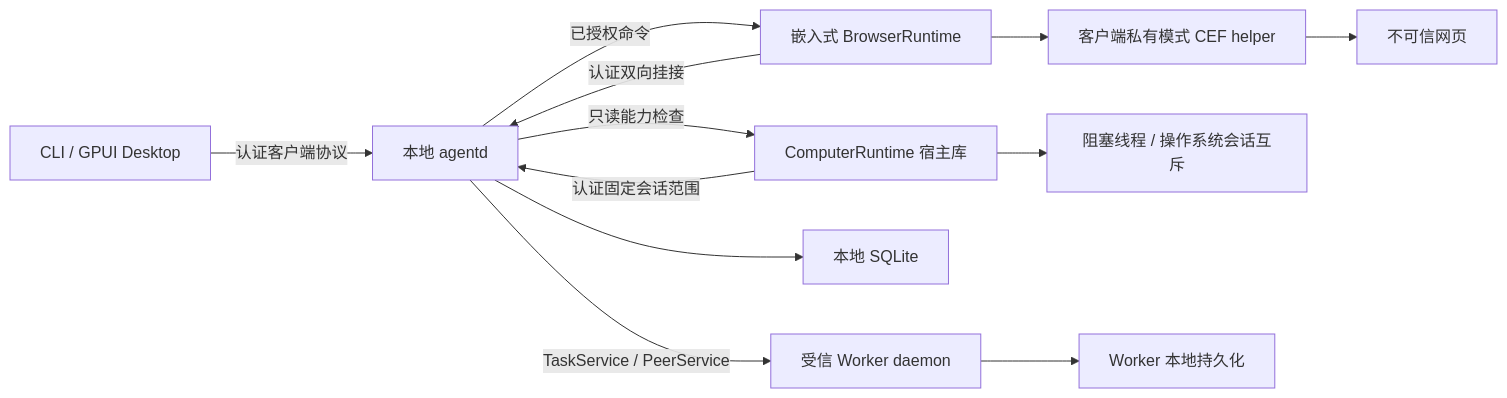
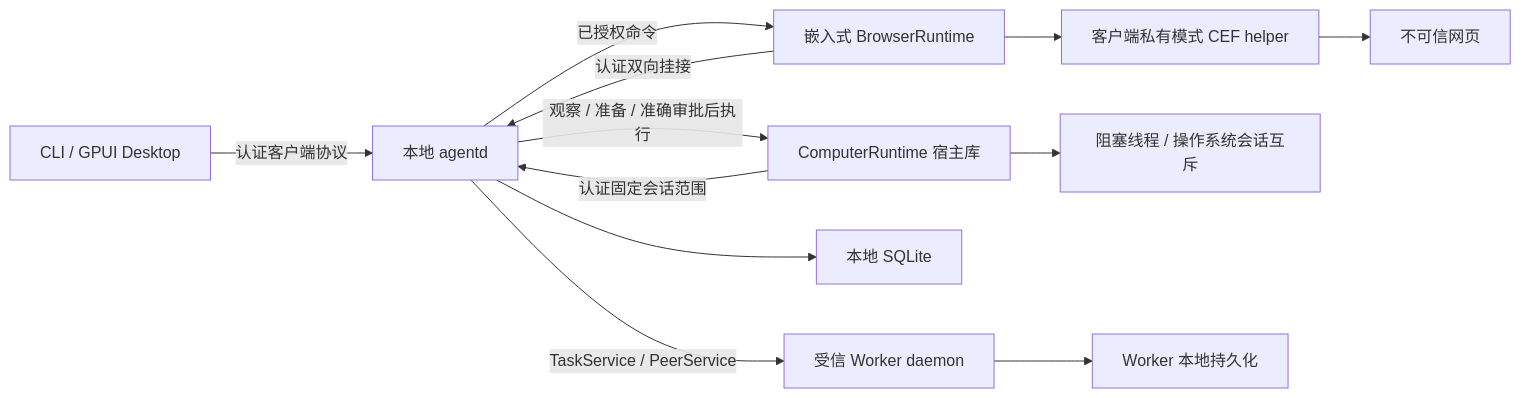
One commit to lyonbrown4d/lyonbrown changed the fourth of 4 diagrams in docs/zh/src/architecture.md. Above: the diagram before and after it, drawn with Mermaid. The commit also changed other lines of this file and 34 other files, not shown here.

````diff
--- a/docs/zh/src/architecture.md
+++ b/docs/zh/src/architecture.md
@@ -149,14 +149,14 @@
 ```mermaid
 flowchart LR
     Client[CLI / GPUI Desktop] -->|认证客户端协议| Daemon[本地 agentd]
     Runtime[嵌入式 BrowserRuntime] -->|认证双向挂接| Daemon
     Daemon -->|已授权命令| Runtime
     Runtime --> Helper[客户端私有模式 CEF helper]
     Helper --> Web[不可信网页]
     Computer[ComputerRuntime 宿主库] -->|认证固定会话范围| Daemon
-    Daemon -->|只读能力检查| Computer
+    Daemon -->|观察 / 准备 / 准确审批后执行| Computer
     Computer --> Native[阻塞线程 / 操作系统会话互斥]
     Daemon --> Local[本地 SQLite]
     Daemon -->|TaskService / PeerService| Worker[受信 Worker daemon]
     Worker --> Remote[Worker 本地持久化]
 ```
````
